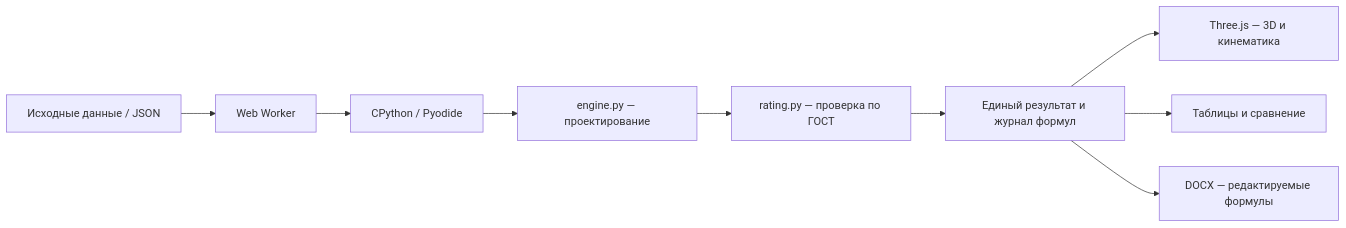
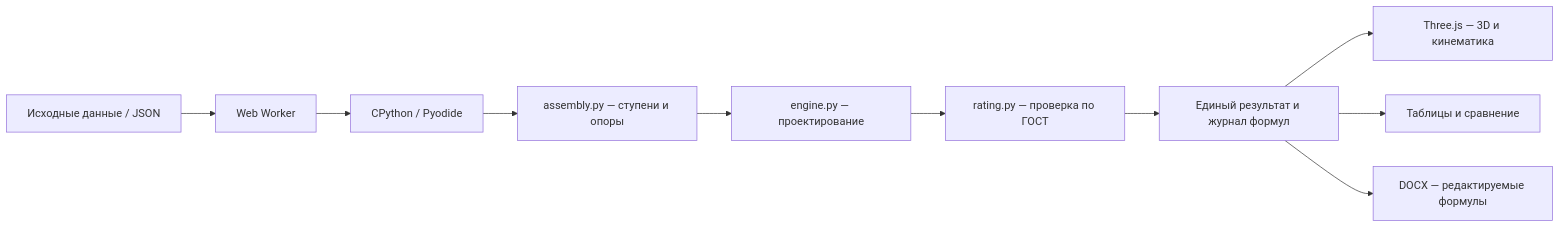
The diagram in README.md (5k4umku/drivelab), drawn with Mermaid before and after one commit. The commit also changed other lines of this file and 3 other files, not shown here.

````diff
--- a/README.md
+++ b/README.md
@@ -77,11 +83,12 @@
 ```mermaid
 flowchart LR
     UI[Исходные данные / JSON] --> W[Web Worker]
     W --> P[CPython / Pyodide]
-    P --> E[engine.py — проектирование]
+    P --> A[assembly.py — ступени и опоры]
+    A --> E[engine.py — проектирование]
     E --> G[rating.py — проверка по ГОСТ]
     G --> R[Единый результат и журнал формул]
     R --> V[Three.js — 3D и кинематика]
     R --> T[Таблицы и сравнение]
     R --> D[DOCX — редактируемые формулы]
 ```
````
